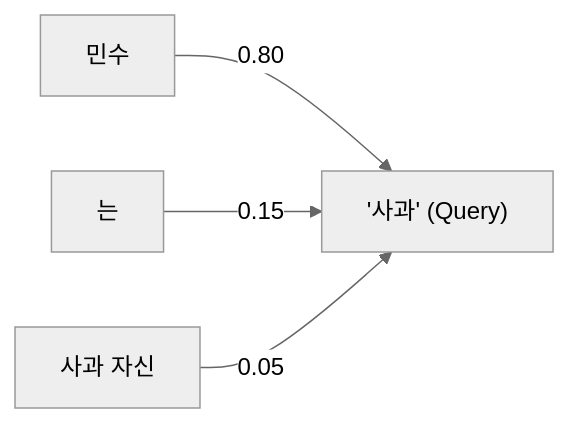
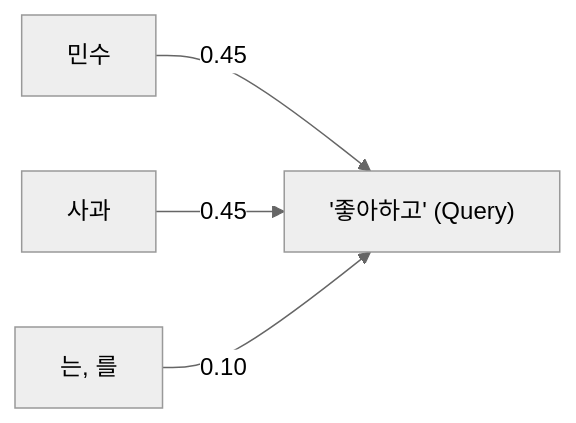
One commit to WontelliJ/build-nanogpt changed the fourth of 10 diagrams in docs/llm-transformer-wiki.md. Above: the diagram before and after it, drawn with Mermaid (neutral theme). The commit also changed other lines of this file and 2 other files, not shown here.

````diff
--- a/docs/llm-transformer-wiki.md
+++ b/docs/llm-transformer-wiki.md
@@ -266,6 +280,6 @@
 ```mermaid
 flowchart LR
-    M["민수"] -- "0.80" --> A["'사과' (Query)"]
-    N["는"] -- "0.15" --> A
-    S["사과 자신"] -- "0.05" --> A
+    M["민수"] -- "0.45" --> A["'좋아하고' (Query)"]
+    S["사과"] -- "0.45" --> A
+    N["는, 를"] -- "0.10" --> A
 ```
````
